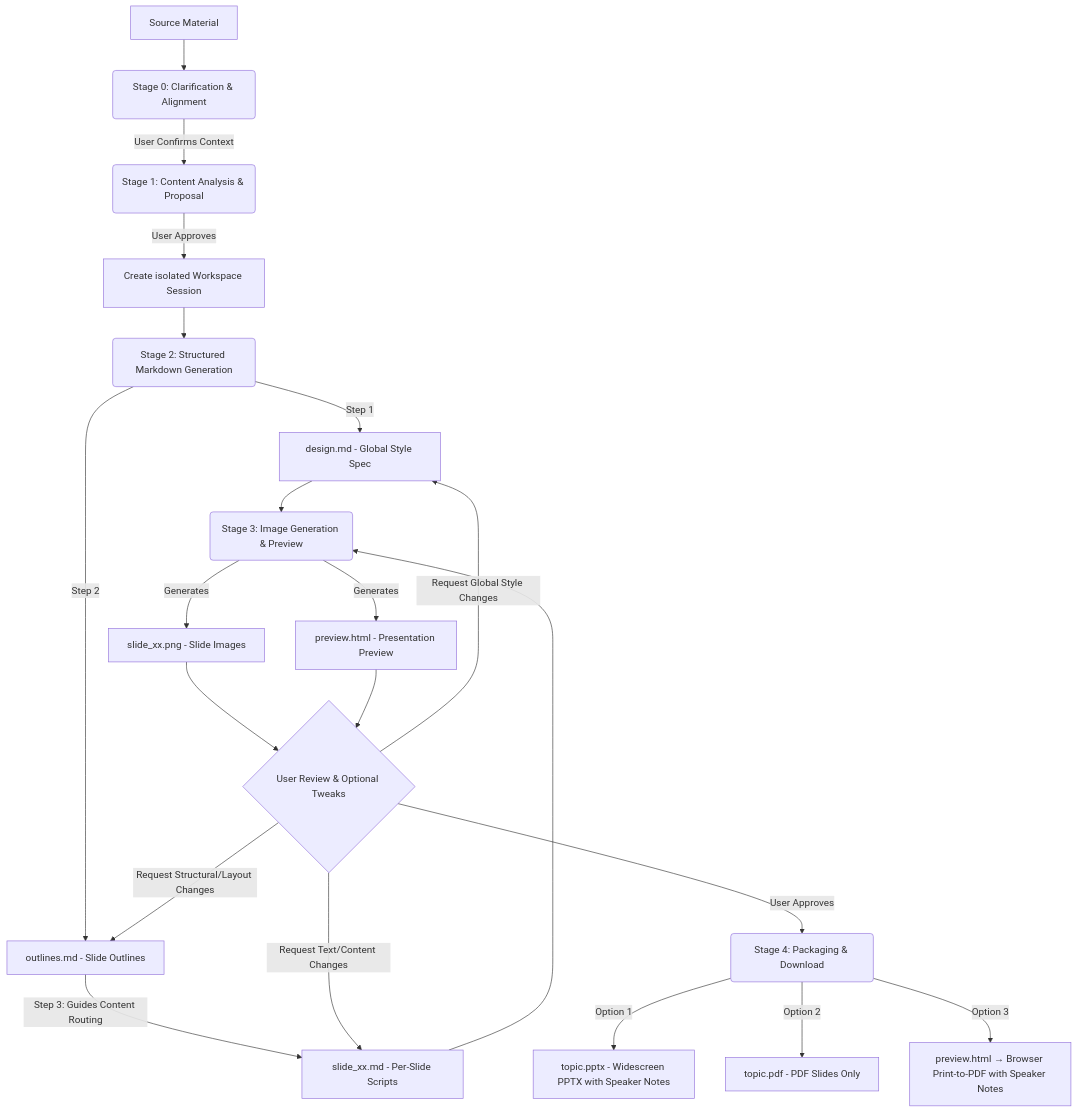
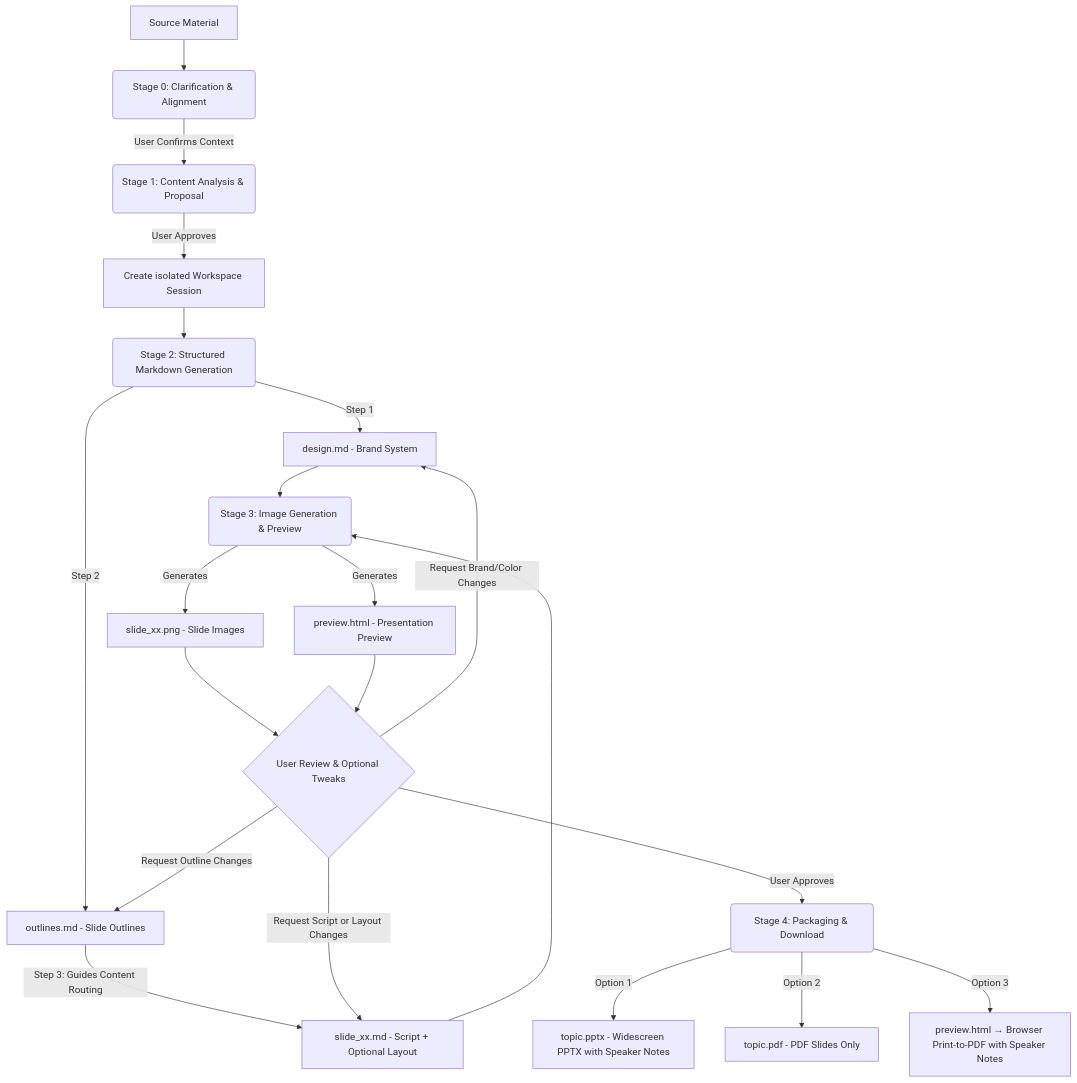
The diagram in README.md (sylphlin/slide-gen-agent), drawn with Mermaid before and after one commit. The commit also changed other lines of this file, not shown here.

First line of the commit message:
Update README to reflect brand system / per-slide layout split

````diff
--- a/README.md
+++ b/README.md
@@ -21,26 +21,26 @@
 ```mermaid
 graph TD
     A[Source Material] --> A0(Stage 0: Clarification & Alignment)
     A0 -->|User Confirms Context| B(Stage 1: Content Analysis & Proposal)
     B -->|User Approves| C[Create isolated Workspace Session]
     C --> D(Stage 2: Structured Markdown Generation)
     
-    D -->|Step 1| E1[design.md - Global Style Spec]
+    D -->|Step 1| E1[design.md - Brand System]
     D -->|Step 2| E2[outlines.md - Slide Outlines]
-    E2 -->|Step 3: Guides Content Routing| E3[slide_xx.md - Per-Slide Scripts]
+    E2 -->|Step 3: Guides Content Routing| E3[slide_xx.md - Script + Optional Layout]
     
     E1 & E3 --> F(Stage 3: Image Generation & Preview)
     F -->|Generates| G1[slide_xx.png - Slide Images]
     F -->|Generates| G2[preview.html - Presentation Preview]
     
     G1 & G2 --> H{User Review & Optional Tweaks}
     
-    H -->|Request Text/Content Changes| E3
-    H -->|Request Structural/Layout Changes| E2
-    H -->|Request Global Style Changes| E1
+    H -->|Request Script or Layout Changes| E3
+    H -->|Request Outline Changes| E2
+    H -->|Request Brand/Color Changes| E1
     
     H -->|User Approves| I(Stage 4: Packaging & Download)
     I -->|Option 1| J[topic.pptx - Widescreen PPTX with Speaker Notes]
     I -->|Option 2| K[topic.pdf - PDF Slides Only]
     I -->|Option 3| L[preview.html → Browser Print-to-PDF with Speaker Notes]
 ```
````
